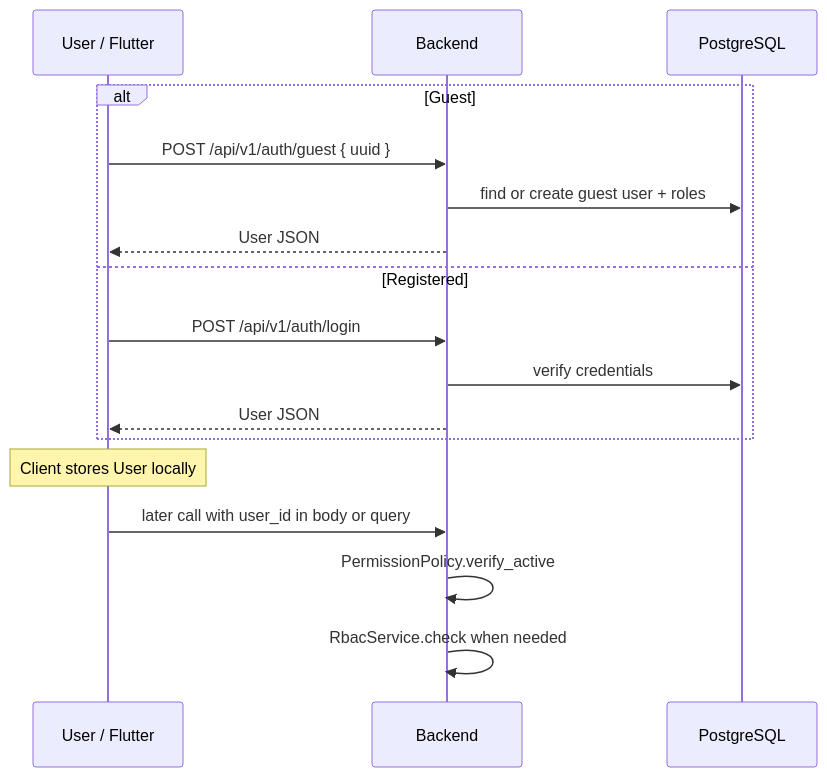
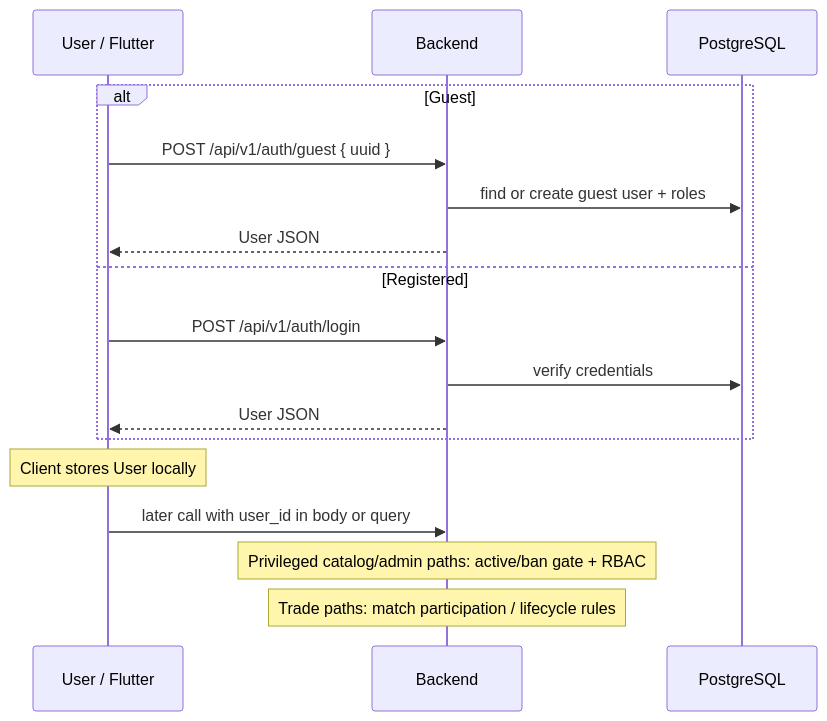
The first of 5 diagrams in docs/explanation/architecture/06-runtime.md (menonu/ymatch), drawn with Mermaid before and after one commit. The commit also changed other lines of this file and 7 other files, not shown here.

````diff
--- a/docs/explanation/architecture/06-runtime.md
+++ b/docs/explanation/architecture/06-runtime.md
@@ -25,20 +25,20 @@
 ```mermaid
 sequenceDiagram
   participant U as User / Flutter
   participant API as Backend
   participant DB as PostgreSQL
 
   alt Guest
     U->>API: POST /api/v1/auth/guest { uuid }
     API->>DB: find or create guest user + roles
     API-->>U: User JSON
   else Registered
     U->>API: POST /api/v1/auth/login
     API->>DB: verify credentials
     API-->>U: User JSON
   end
   Note over U: Client stores User locally
   U->>API: later call with user_id in body or query
-  API->>API: PermissionPolicy.verify_active
-  API->>API: RbacService.check when needed
+  Note over API: Privileged catalog/admin paths: active/ban gate + RBAC
+  Note over API: Trade paths: match participation / lifecycle rules
 ```
````
